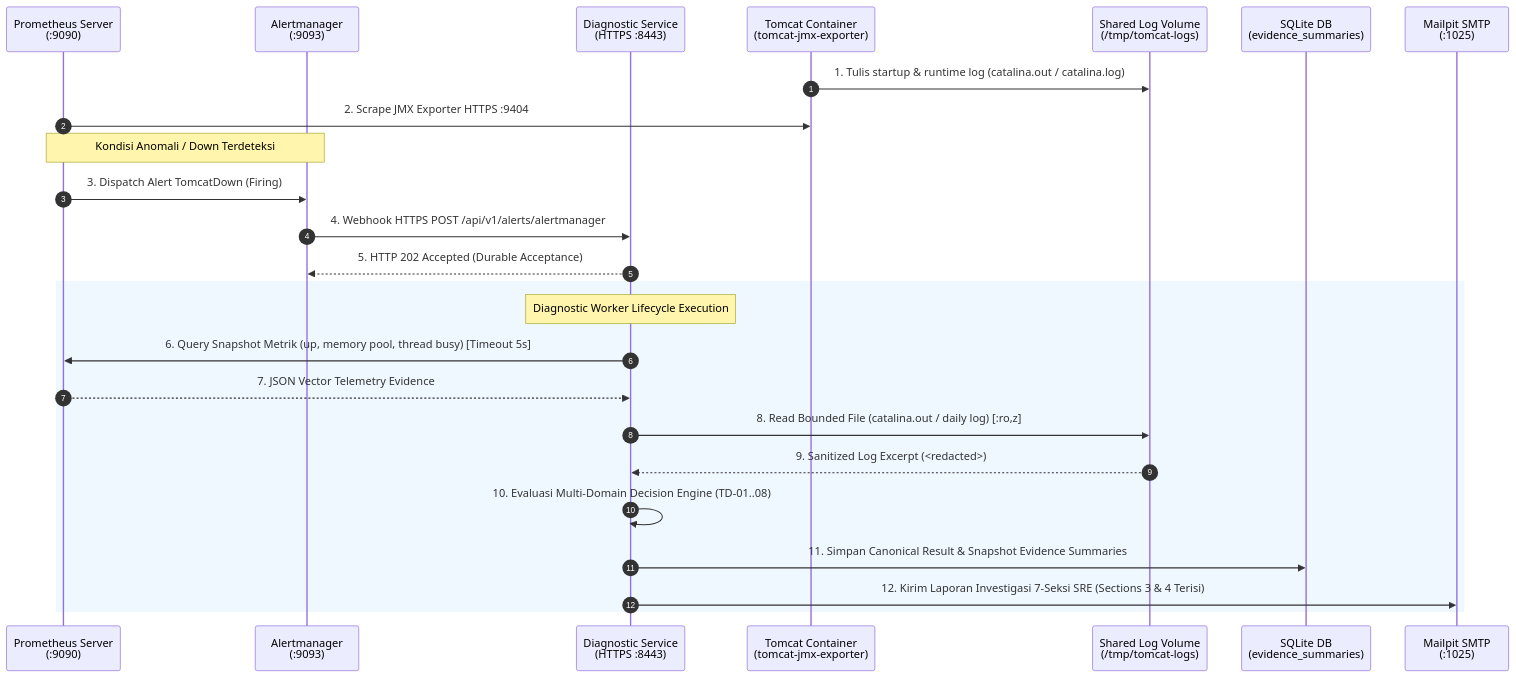
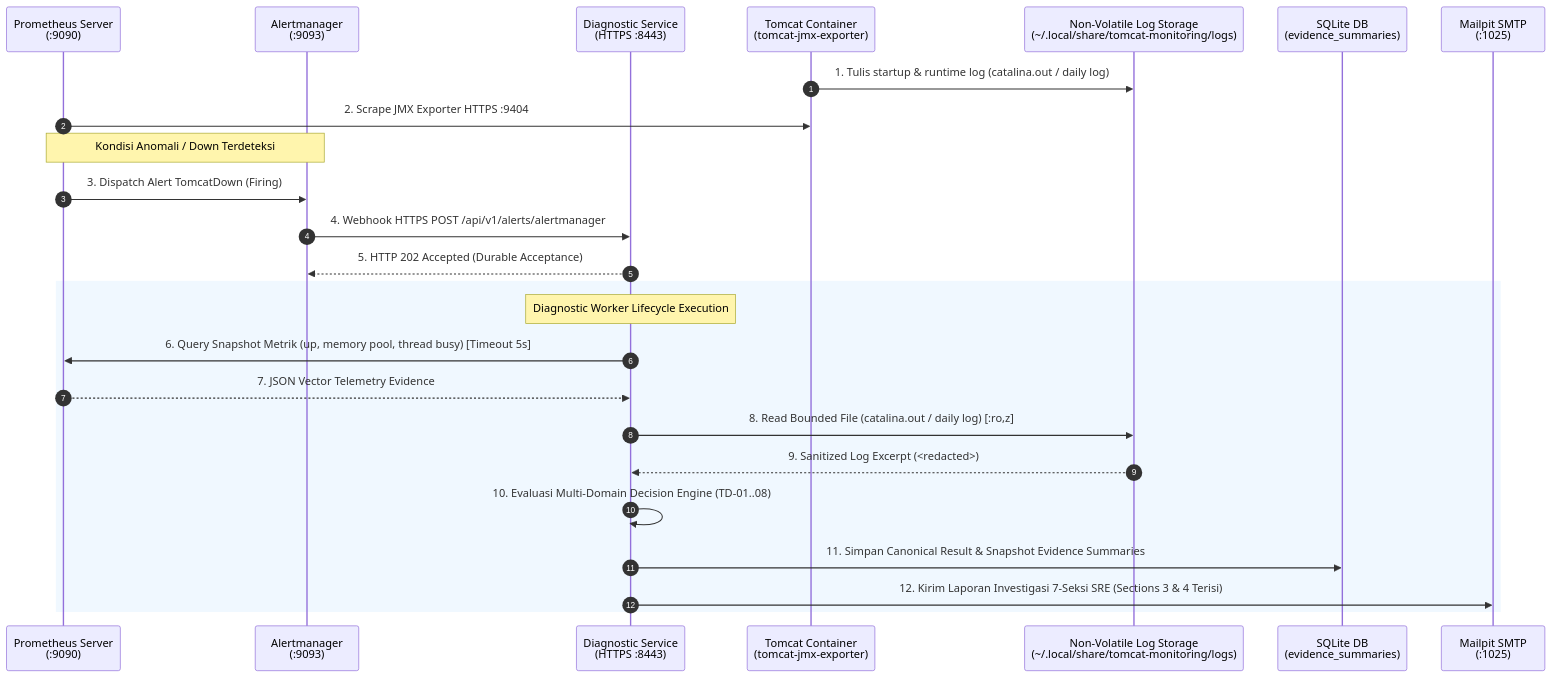
Before and after one commit to edkas07-oss/devops-handbook: the diagram in docs/projects/tomcat-monitoring/engineering-journal/monitoring-platform-integration/TN-008-integrate-live-prometheus-evidence-adapter-and-shared-persistent-logs.md, drawn with Mermaid. The commit also changed other lines of this file and 4 other files, not shown here.

Commit message:
docs(tn-008): document non-volatile persistent tomcat logs and update handbook

````diff
--- a/docs/projects/tomcat-monitoring/engineering-journal/monitoring-platform-integration/TN-008-integrate-live-prometheus-evidence-adapter-and-shared-persistent-logs.md
+++ b/docs/projects/tomcat-monitoring/engineering-journal/monitoring-platform-integration/TN-008-integrate-live-prometheus-evidence-adapter-and-shared-persistent-logs.md
@@ -115,29 +120,29 @@
 ```mermaid
 sequenceDiagram
     autonumber
     participant Prom as Prometheus Server<br/>(:9090)
     participant AM as Alertmanager<br/>(:9093)
     participant DS as Diagnostic Service<br/>(HTTPS :8443)
     participant Tom as Tomcat Container<br/>(tomcat-jmx-exporter)
-    participant Disk as Shared Log Volume<br/>(/tmp/tomcat-logs)
+    participant Disk as Non-Volatile Log Storage<br/>(~/.local/share/tomcat-monitoring/logs)
     participant DB as SQLite DB<br/>(evidence_summaries)
     participant Mail as Mailpit SMTP<br/>(:1025)
 
-    Tom->>Disk: 1. Tulis startup & runtime log (catalina.out / catalina.log)
+    Tom->>Disk: 1. Tulis startup & runtime log (catalina.out / daily log)
     Prom->>Tom: 2. Scrape JMX Exporter HTTPS :9404
     Note over Prom,AM: Kondisi Anomali / Down Terdeteksi
     Prom->>AM: 3. Dispatch Alert TomcatDown (Firing)
     AM->>DS: 4. Webhook HTTPS POST /api/v1/alerts/alertmanager
     DS-->>AM: 5. HTTP 202 Accepted (Durable Acceptance)
     
     rect rgb(240, 248, 255)
         Note over DS: Diagnostic Worker Lifecycle Execution
         DS->>Prom: 6. Query Snapshot Metrik (up, memory pool, thread busy) [Timeout 5s]
         Prom-->>DS: 7. JSON Vector Telemetry Evidence
         DS->>Disk: 8. Read Bounded File (catalina.out / daily log) [:ro,z]
         Disk-->>DS: 9. Sanitized Log Excerpt (<redacted>)
         DS->>DS: 10. Evaluasi Multi-Domain Decision Engine (TD-01..08)
         DS->>DB: 11. Simpan Canonical Result & Snapshot Evidence Summaries
         DS->>Mail: 12. Kirim Laporan Investigasi 7-Seksi SRE (Sections 3 & 4 Terisi)
     end
 ```
````
